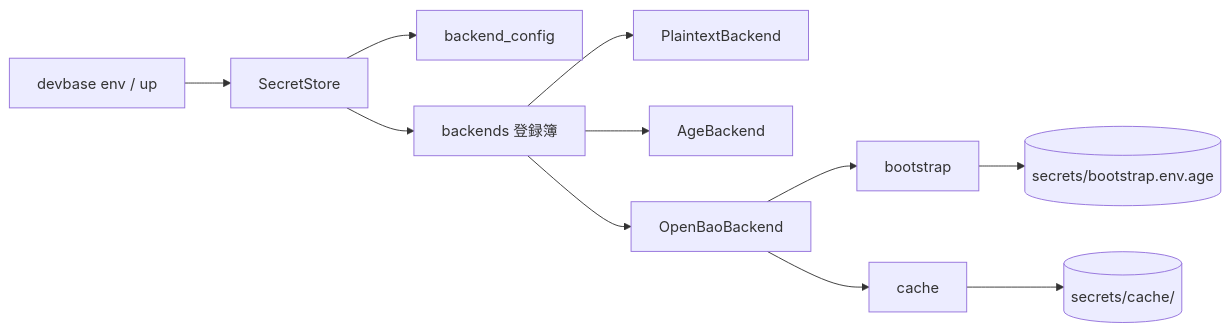
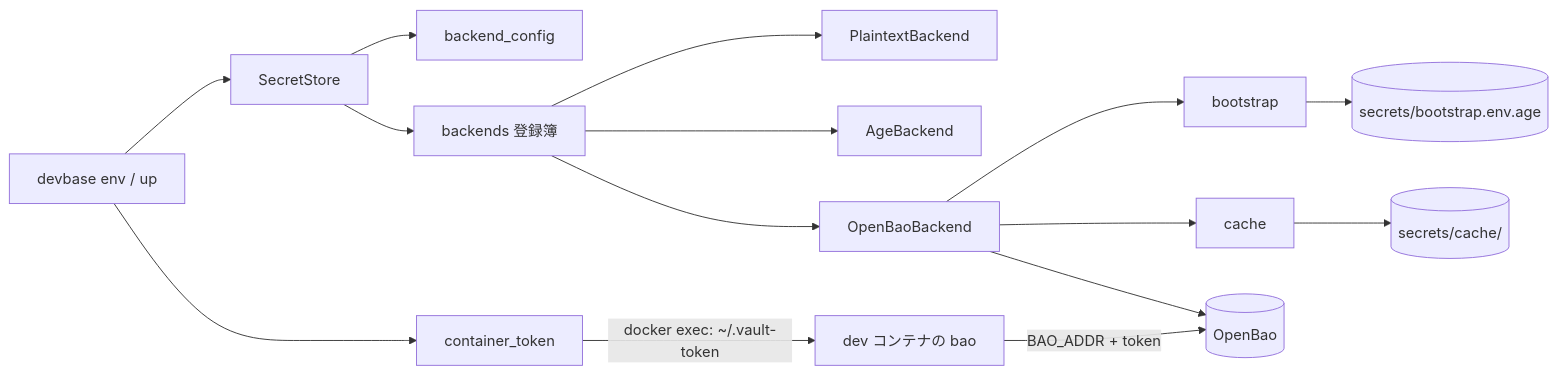
The first of 2 diagrams in docs/specifications/secret-backend.md (devbasex/devbase), drawn with Mermaid before and after one commit. The commit also changed other lines of this file and 4 other files, not shown here.

````diff
--- a/docs/specifications/secret-backend.md
+++ b/docs/specifications/secret-backend.md
@@ -66,13 +75,17 @@
 ```mermaid
 flowchart LR
     CLI[devbase env / up] --> ST[SecretStore]
     ST --> CFG[backend_config]
     ST --> REG[backends 登録簿]
     REG --> PT[PlaintextBackend]
     REG --> AGE[AgeBackend]
     REG --> OB[OpenBaoBackend]
     OB --> BS[bootstrap]
     OB --> CA[cache]
     BS --> AGEFILE[(secrets/bootstrap.env.age)]
     CA --> CAFILE[(secrets/cache/)]
+    CLI --> CT[container_token]
+    CT -->|docker exec: ~/.vault-token| DEV[dev コンテナの bao]
+    DEV -->|BAO_ADDR + token| SRV[(OpenBao)]
+    OB --> SRV
 ```
````
